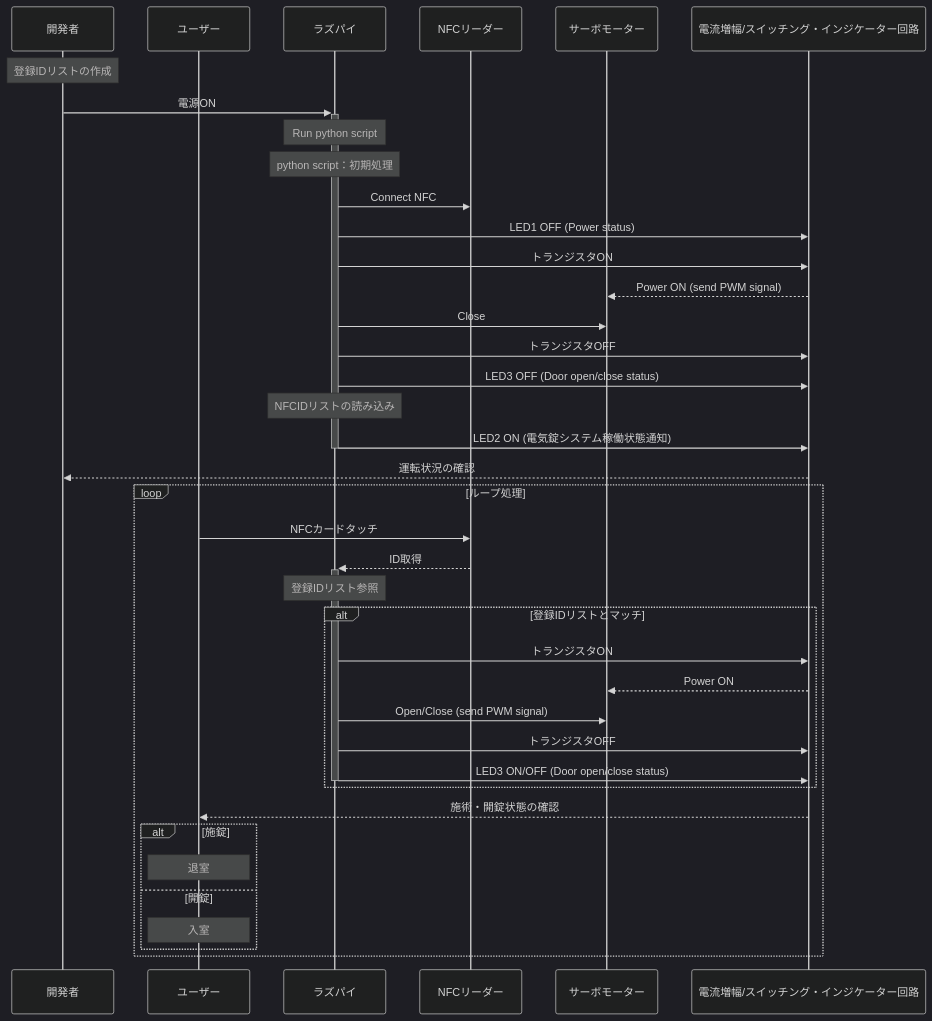
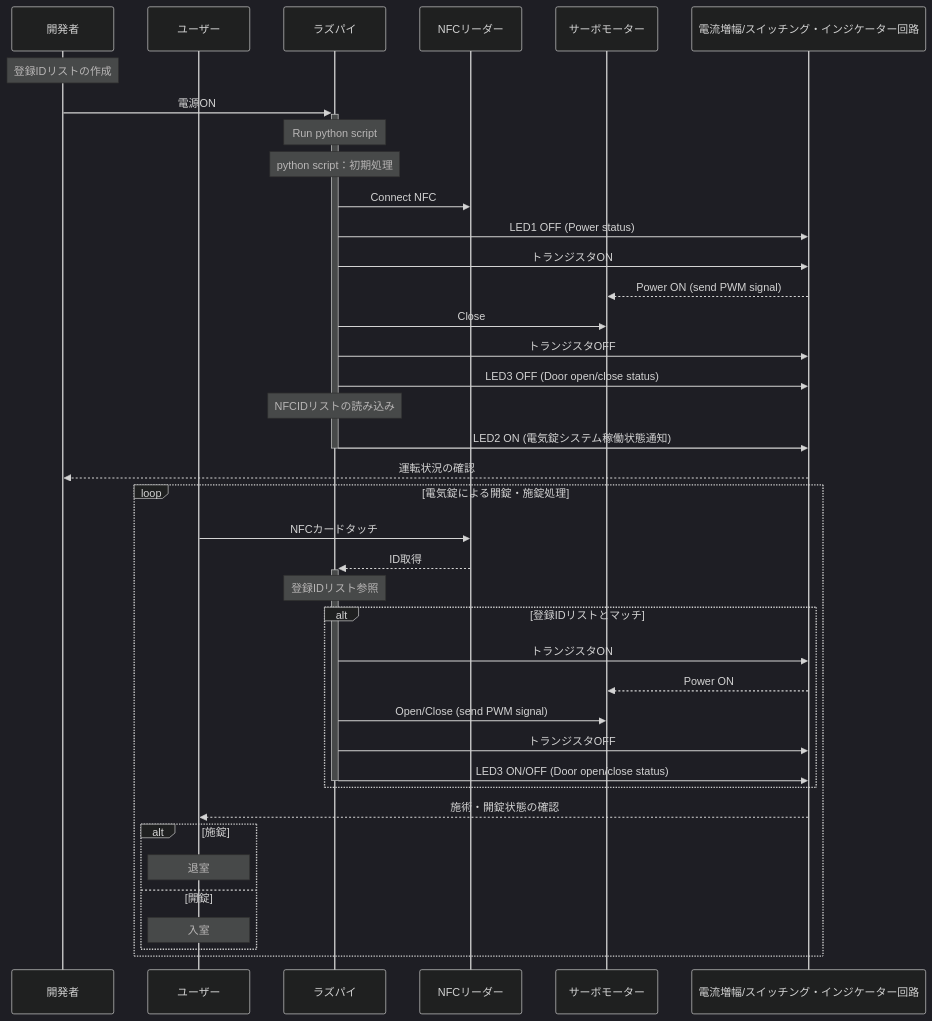
One commit to YUKI-SOKENDAI/SmartLock changed the second of 2 diagrams in memo/SystemMEMO.md. Above: the diagram before and after it, drawn with Mermaid (dark theme).

````diff
--- a/memo/SystemMEMO.md
+++ b/memo/SystemMEMO.md
@@ -63,49 +63,49 @@
 ```mermaid
 sequenceDiagram
     participant user as 開発者
     participant user1 as ユーザー
     participant raspi as ラズパイ
     participant nfc as NFCリーダー
     participant servo as サーボモーター
     participant circuit as 電流増幅/スイッチング・インジケーター回路
     
     # hoge
     Note over user: 登録IDリストの作成
     user->>+raspi: 電源ON
     Note over raspi : Run python script
     Note over raspi : python script：初期処理
     
     raspi->>nfc: Connect NFC
     raspi->>circuit: LED1 OFF (Power status)
     raspi->>circuit: トランジスタON
     circuit-->>servo: Power ON (send PWM signal)
     raspi->>servo: Close
     raspi->>circuit: トランジスタOFF
     raspi->>circuit: LED3 OFF (Door open/close status)
     Note over raspi : NFCIDリストの読み込み
     raspi->>-circuit: LED2 ON (電気錠システム稼働状態通知)
     circuit-->>user: 運転状況の確認
     
-    loop ループ処理
+    loop 電気錠による開錠・施錠処理
         user1->>nfc: NFCカードタッチ
         nfc-->>+raspi:ID取得
         Note over raspi: 登録IDリスト参照
         alt 登録IDリストとマッチ
             raspi->>circuit: トランジスタON
             circuit-->>servo: Power ON
             raspi->>servo: Open/Close (send PWM signal)
             raspi->>circuit: トランジスタOFF
             raspi->>-circuit: LED3 ON/OFF (Door open/close status) 
         end
     
         circuit-->>user1 : 施術・開錠状態の確認
         alt 施錠
             Note over user1 :退室
         else 開錠
             Note over user1 :入室
         end
     end
     
     #raspi-->>user: こんにちは！！
 
 ```
````
